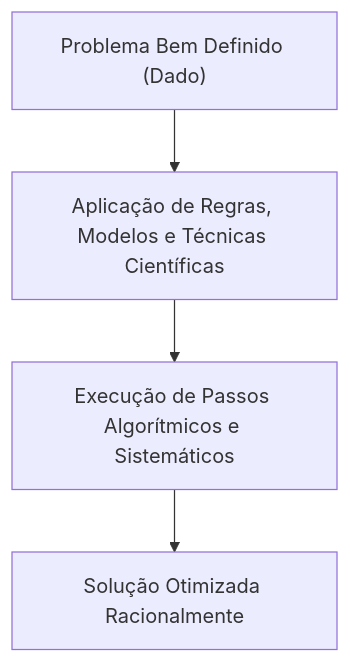
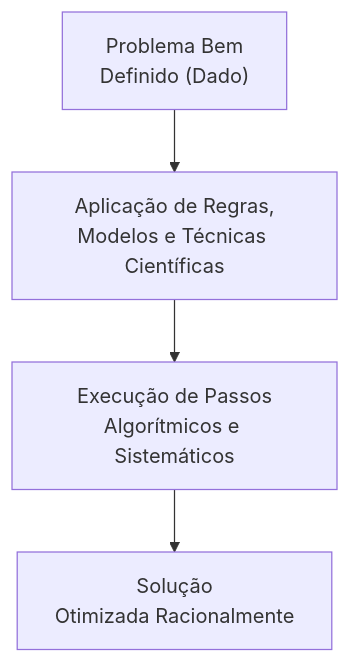
One commit to leorruas/puc changed the first of 3 diagrams in 08. Design de Interacao/11. Racionalismo técnico e reflexão em ação - o papel da técnica e da criatividade no design.md. Above: the diagram before and after it, drawn with Mermaid. The commit also changed other lines of this file and 16 other files, not shown here.

Commit message:
style(mermaid): comprehensive audit and optimization of 45 Mermaid blocks across all 22 topic notes

````diff
--- a/08. Design de Interacao/11. Racionalismo técnico e reflexão em ação - o papel da técnica e da criatividade no design.md
+++ b/08. Design de Interacao/11. Racionalismo técnico e reflexão em ação - o papel da técnica e da criatividade no design.md
@@ -44,6 +44,6 @@
 ```mermaid
 graph TD
-    A["Problema Bem Definido (Dado)"] --> B["Aplicação de Regras, Modelos e Técnicas Científicas"]
-    B --> C["Execução de Passos Algorítmicos e Sistemáticos"]
-    C --> D["Solução Otimizada Racionalmente"]
+    A["Problema Bem<br>Definido (Dado)"] --> B["Aplicação de Regras,<br>Modelos e Técnicas Científicas"]
+    B --> C["Execução de Passos<br>Algorítmicos e Sistemáticos"]
+    C --> D["Solução<br>Otimizada Racionalmente"]
 ```
````
